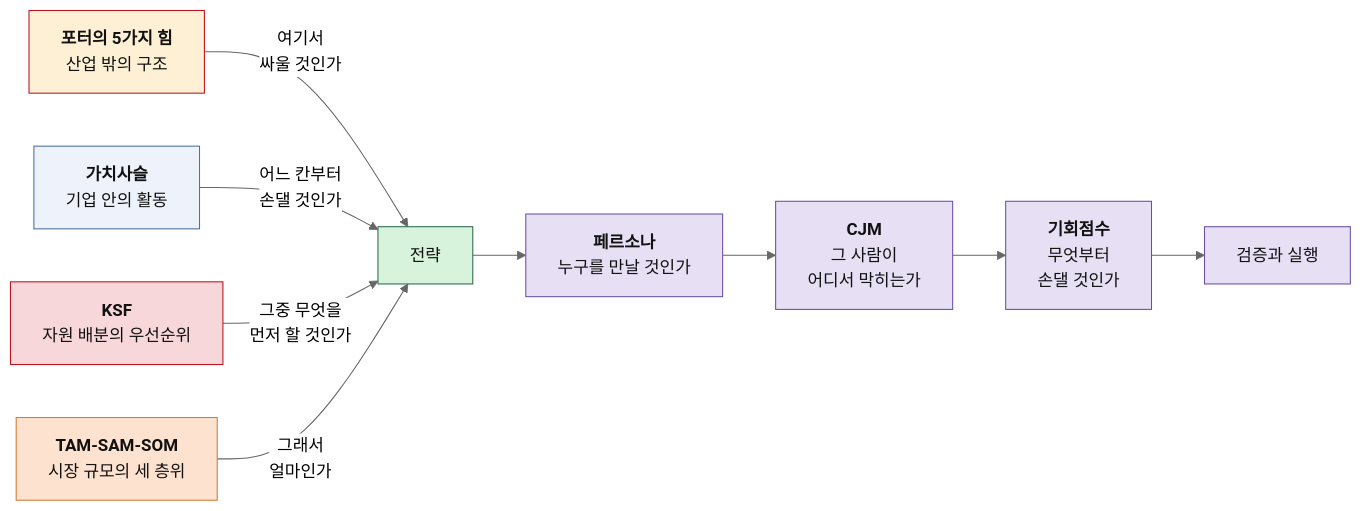
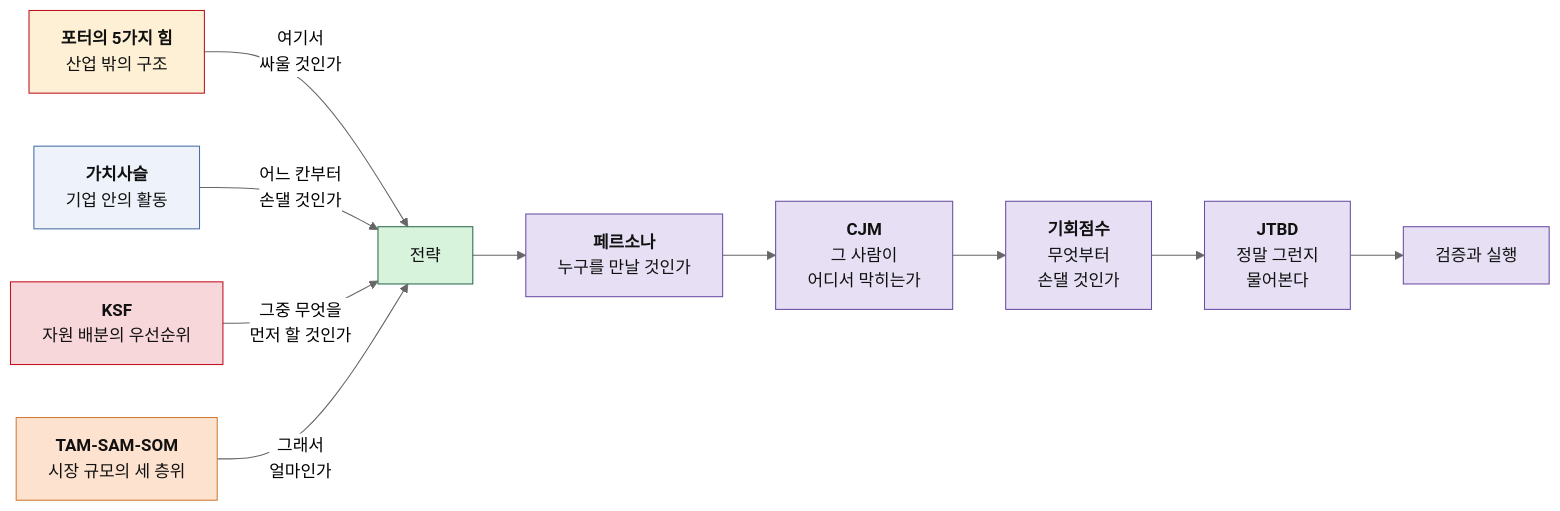
One commit to ccw00325-spec/business-research-github-practice-2026 changed the diagram in README.md. Above: the diagram before and after it, drawn with Mermaid (neutral theme). The commit also changed other lines of this file and 1 other file, not shown here.

First line of the commit message:
docs: JTBD 인터뷰 방법론 챕터 추가

````diff
--- a/README.md
+++ b/README.md
@@ -100,25 +110,26 @@
 ```mermaid
 flowchart LR
     A["<b>포터의 5가지 힘</b><br/>산업 밖의 구조"] -->|"여기서<br/>싸울 것인가"| D["전략"]
     B["<b>가치사슬</b><br/>기업 안의 활동"] -->|"어느 칸부터<br/>손댈 것인가"| D
     C["<b>KSF</b><br/>자원 배분의 우선순위"] -->|"그중 무엇을<br/>먼저 할 것인가"| D
     E["<b>TAM-SAM-SOM</b><br/>시장 규모의 세 층위"] -->|"그래서<br/>얼마인가"| D
 
     D --> F["<b>페르소나</b><br/>누구를 만날 것인가"]
     F --> G["<b>CJM</b><br/>그 사람이<br/>어디서 막히는가"]
     G --> I["<b>기회점수</b><br/>무엇부터<br/>손댈 것인가"]
-    I --> H["검증과 실행"]
+    I --> J["<b>JTBD</b><br/>정말 그런지<br/>물어본다"]
+    J --> H["검증과 실행"]
 
     classDef out fill:#fdf0d5,stroke:#c1121f,color:#111
     classDef inn fill:#eef3fb,stroke:#4a6fa5,color:#111
     classDef ksf fill:#f8d7da,stroke:#c1121f,color:#111
     classDef siz fill:#fde2cf,stroke:#d17b34,color:#111
     classDef dec fill:#d8f3dc,stroke:#2d6a4f,color:#111
     classDef who fill:#e7e0f5,stroke:#6b4fa5,color:#111
     class A out
     class B inn
     class C ksf
     class E siz
     class D dec
-    class F,G,I,H who
+    class F,G,I,J,H who
 ```
````
